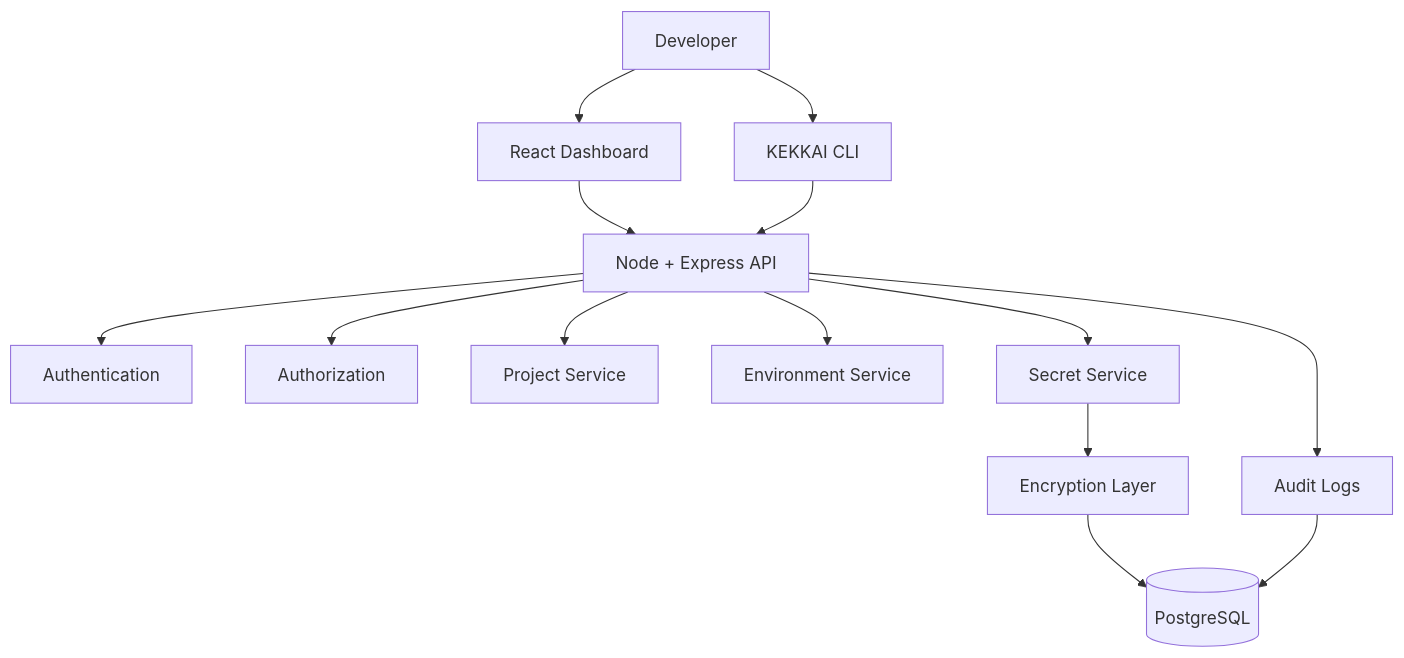
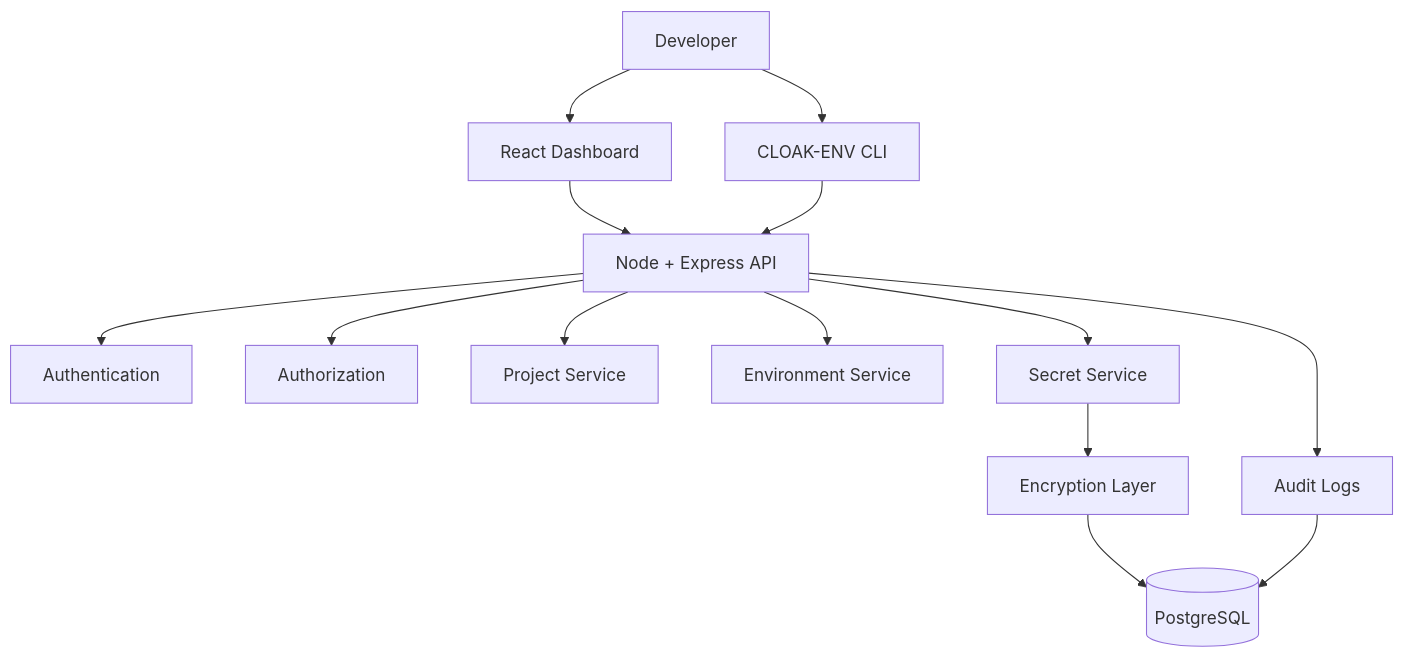
The sixth of 8 diagrams in About.md (aninda8680/Kekkai), drawn with Mermaid before and after one commit. The commit also changed other lines of this file and 45 other files, not shown here.

````diff
--- a/About.md
+++ b/About.md
@@ -2792,46 +2792,46 @@
 ```mermaid
 flowchart TD
 
     DEV[Developer]
 
     WEB[React Dashboard]
 
-    CLI[KEKKAI CLI]
+    CLI[CLOAK-ENV CLI]
 
     API[Node + Express API]
 
     AUTH[Authentication]
 
     RBAC[Authorization]
 
     PROJECT[Project Service]
 
     ENV[Environment Service]
 
     SECRET[Secret Service]
 
     CRYPTO[Encryption Layer]
 
     DB[(PostgreSQL)]
 
     AUDIT[Audit Logs]
 
     DEV --> WEB
     DEV --> CLI
 
     WEB --> API
     CLI --> API
 
     API --> AUTH
     API --> RBAC
 
     API --> PROJECT
     API --> ENV
     API --> SECRET
 
     SECRET --> CRYPTO
     CRYPTO --> DB
 
     API --> AUDIT
     AUDIT --> DB
 ```
````
